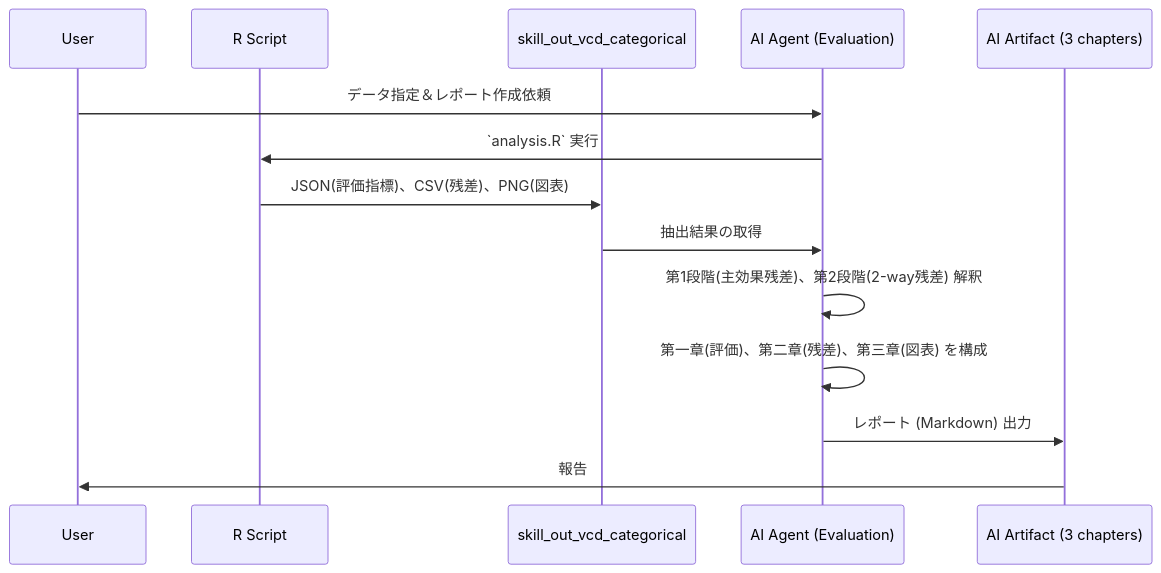
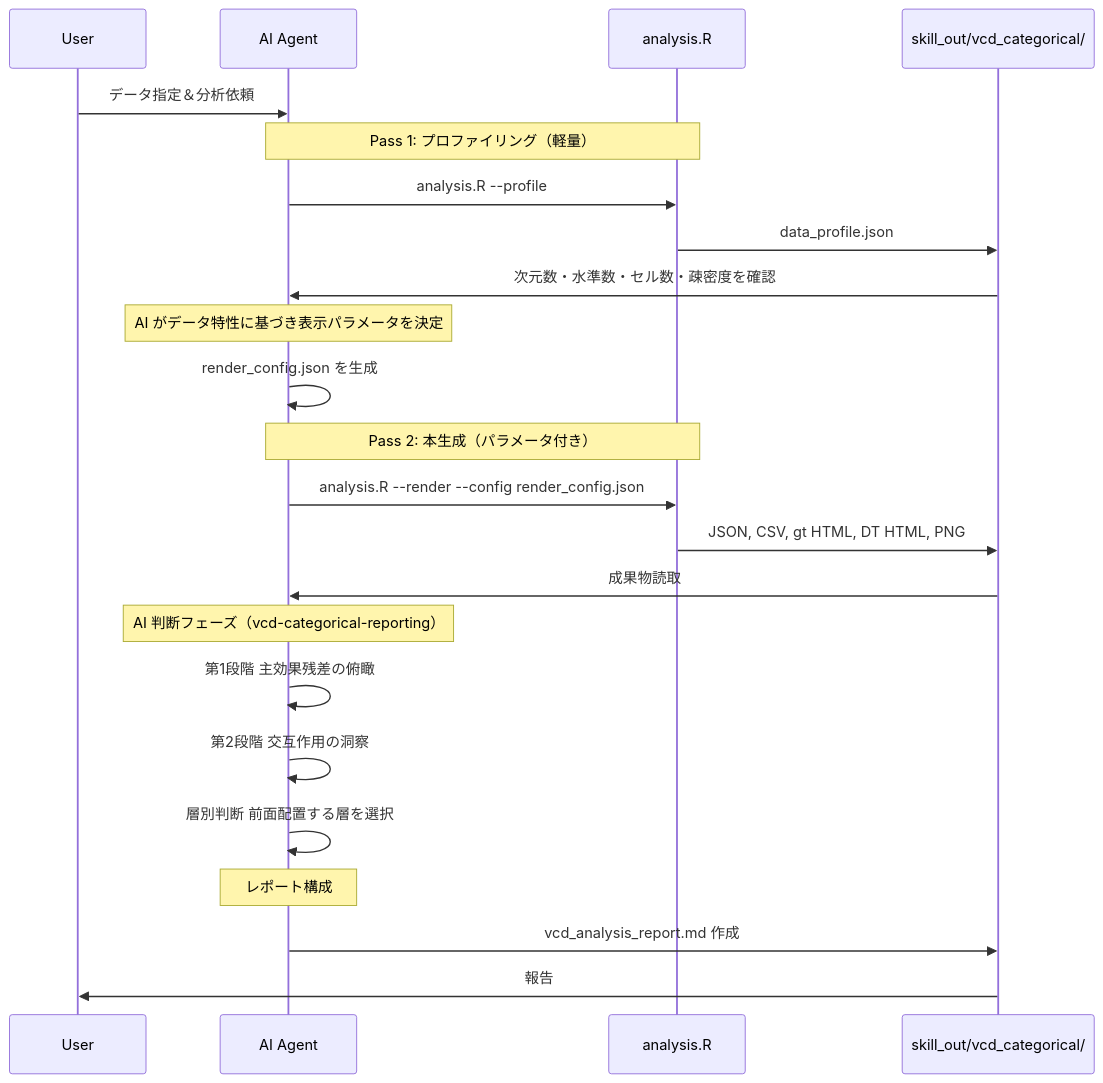
Before and after one commit to syrius2000/rwd-mysql-skill-toolkit: the diagram in .agent/skills/vcd-categorical-analysis/references/workflow.md, drawn with Mermaid. The commit also changed other lines of this file, not shown here.

Commit message:
docs(vcd-analysis): workflow.md を2パス方式に更新

````diff
--- a/.agent/skills/vcd-categorical-analysis/references/workflow.md
+++ b/.agent/skills/vcd-categorical-analysis/references/workflow.md
@@ -5,17 +5,31 @@
 ```mermaid
 sequenceDiagram
-  participant User
-  participant R as R Script
-  participant Out as skill_out_vcd_categorical
-  participant AI as AI Agent (Evaluation)
-  participant Report as AI Artifact (3 chapters)
-  
-  User->>AI: データ指定＆レポート作成依頼
-  AI->>R: `analysis.R` 実行
-  R->>Out: JSON(評価指標)、CSV(残差)、PNG(図表)
-  Out->>AI: 抽出結果の取得
-  AI->>AI: 第1段階(主効果残差)、第2段階(2-way残差) 解釈
-  AI->>AI: 第一章(評価)、第二章(残差)、第三章(図表) を構成
-  AI->>Report: レポート (Markdown) 出力
-  Report->>User: 報告
+    participant User
+    participant AI as AI Agent
+    participant R as analysis.R
+    participant Out as skill_out/vcd_categorical/
+
+    User->>AI: データ指定＆分析依頼
+
+    Note over AI,R: Pass 1: プロファイリング（軽量）
+    AI->>R: analysis.R --profile
+    R->>Out: data_profile.json
+    Out->>AI: 次元数・水準数・セル数・疎密度を確認
+
+    Note over AI: AI がデータ特性に基づき表示パラメータを決定
+    AI->>AI: render_config.json を生成
+
+    Note over AI,R: Pass 2: 本生成（パラメータ付き）
+    AI->>R: analysis.R --render --config render_config.json
+    R->>Out: JSON, CSV, gt HTML, DT HTML, PNG
+    Out->>AI: 成果物読取
+
+    Note over AI: AI 判断フェーズ（vcd-categorical-reporting）
+    AI->>AI: 第1段階 主効果残差の俯瞰
+    AI->>AI: 第2段階 交互作用の洞察
+    AI->>AI: 層別判断 前面配置する層を選択
+
+    Note over AI: レポート構成
+    AI->>Out: vcd_analysis_report.md 作成
+    Out->>User: 報告
 ```
````
